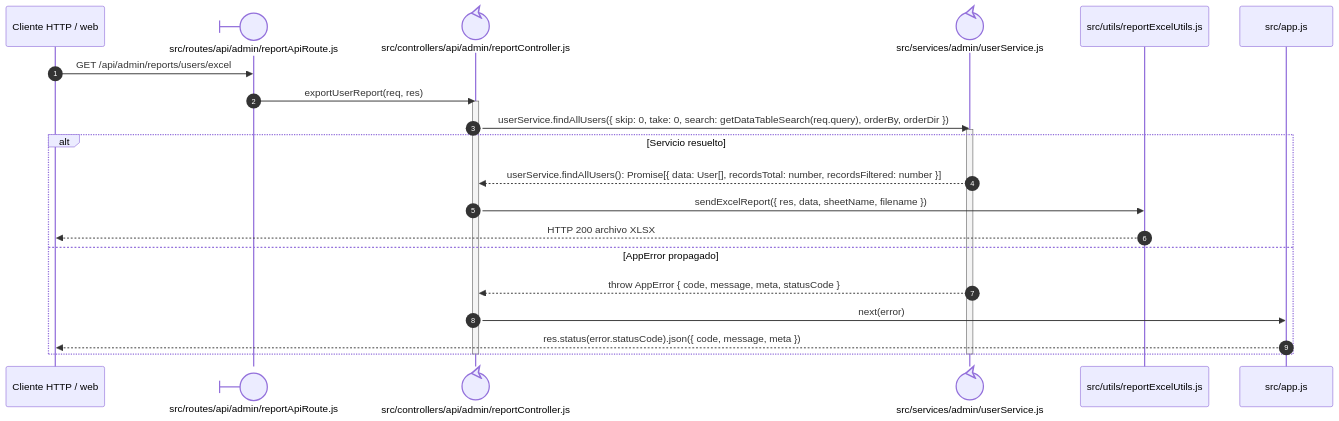
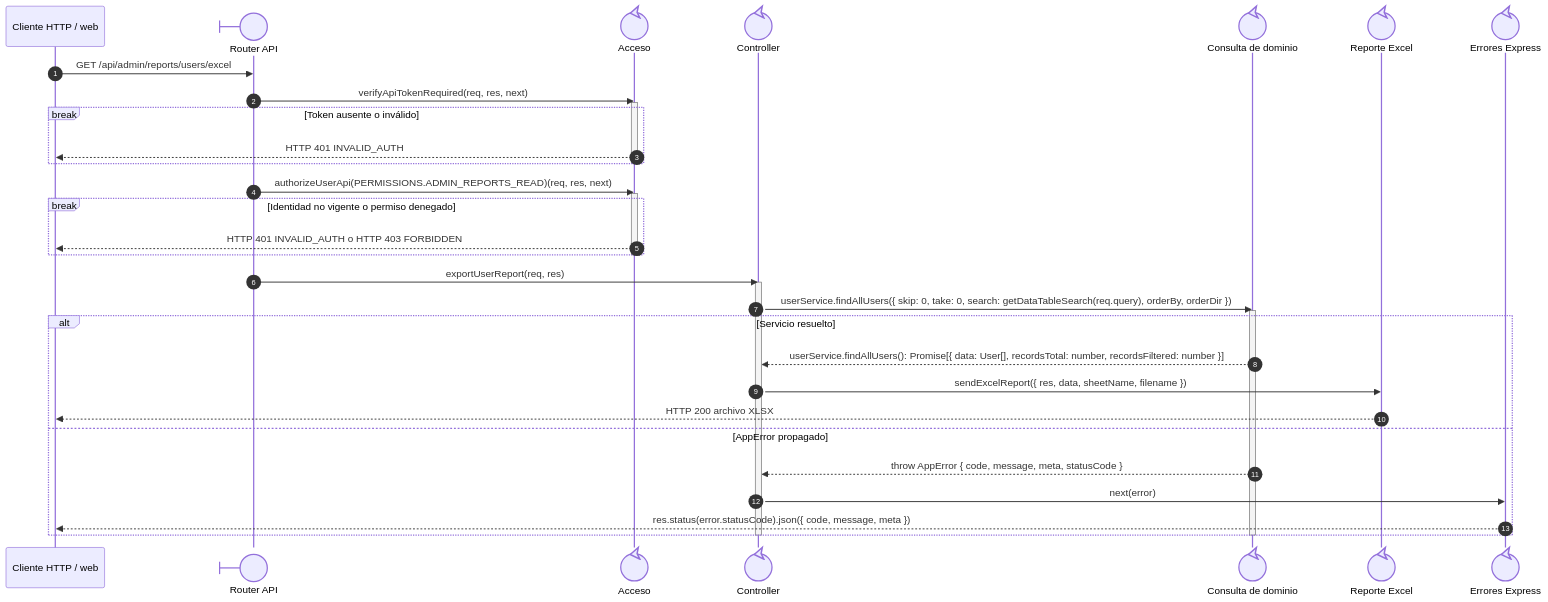
Before and after one commit to gpgsistemas01/nexus: the diagram in docs/architecture/views/processes/backend-code-sequences/identity-access/cu-ida-09.md, drawn with Mermaid. The commit also changed other lines of this file and 216 other files, not shown here.

Commit message:
docs: align module detail and expand sequence notation and collaborations

````diff
--- a/docs/architecture/views/processes/backend-code-sequences/identity-access/cu-ida-09.md
+++ b/docs/architecture/views/processes/backend-code-sequences/identity-access/cu-ida-09.md
@@ -6,27 +25,41 @@
 ```mermaid
 sequenceDiagram
     autonumber
     participant Client as Cliente HTTP / web
-    participant Route@{ "type": "boundary" } as src/routes/api/admin/reportApiRoute.js
-    participant Controller@{ "type": "control" } as src/controllers/api/admin/reportController.js
-    participant Query@{ "type": "control" } as src/services/admin/userService.js
-    participant Excel as src/utils/reportExcelUtils.js
-    participant ErrorHandler as src/app.js
+    participant Route@{ "type": "boundary" } as Router API
+    participant Auth@{ "type": "control" } as Acceso
+    participant Controller@{ "type": "control" } as Controller
+    participant Query@{ "type": "control" } as Consulta de dominio
+    participant Excel@{ "type": "control" } as Reporte Excel
+    participant ErrorHandler@{ "type": "control" } as Errores Express
 
     Client->>Route: GET /api/admin/reports/users/excel
+
+    Route->>Auth: verifyApiTokenRequired(req, res, next)
+    activate Auth
+    break Token ausente o inválido
+        Auth-->>Client: HTTP 401 INVALID_AUTH
+    end
+    deactivate Auth
+    Route->>Auth: authorizeUserApi(PERMISSIONS.ADMIN_REPORTS_READ)(req, res, next)
+    activate Auth
+    break Identidad no vigente o permiso denegado
+        Auth-->>Client: HTTP 401 INVALID_AUTH o HTTP 403 FORBIDDEN
+    end
+    deactivate Auth
     Route->>Controller: exportUserReport(req, res)
     activate Controller
     Controller->>Query: userService.findAllUsers({ skip: 0, take: 0, search: getDataTableSearch(req.query), orderBy, orderDir })
     activate Query
     alt Servicio resuelto
         Query-->>Controller: userService.findAllUsers(): Promise[{ data: User[], recordsTotal: number, recordsFiltered: number }]
         Controller->>Excel: sendExcelReport({ res, data, sheetName, filename })
         Excel-->>Client: HTTP 200 archivo XLSX
     else AppError propagado
         Query-->>Controller: throw AppError { code, message, meta, statusCode }
         Controller->>ErrorHandler: next(error)
         ErrorHandler-->>Client: res.status(error.statusCode).json({ code, message, meta })
     end
     deactivate Query
     deactivate Controller
 ```
````
